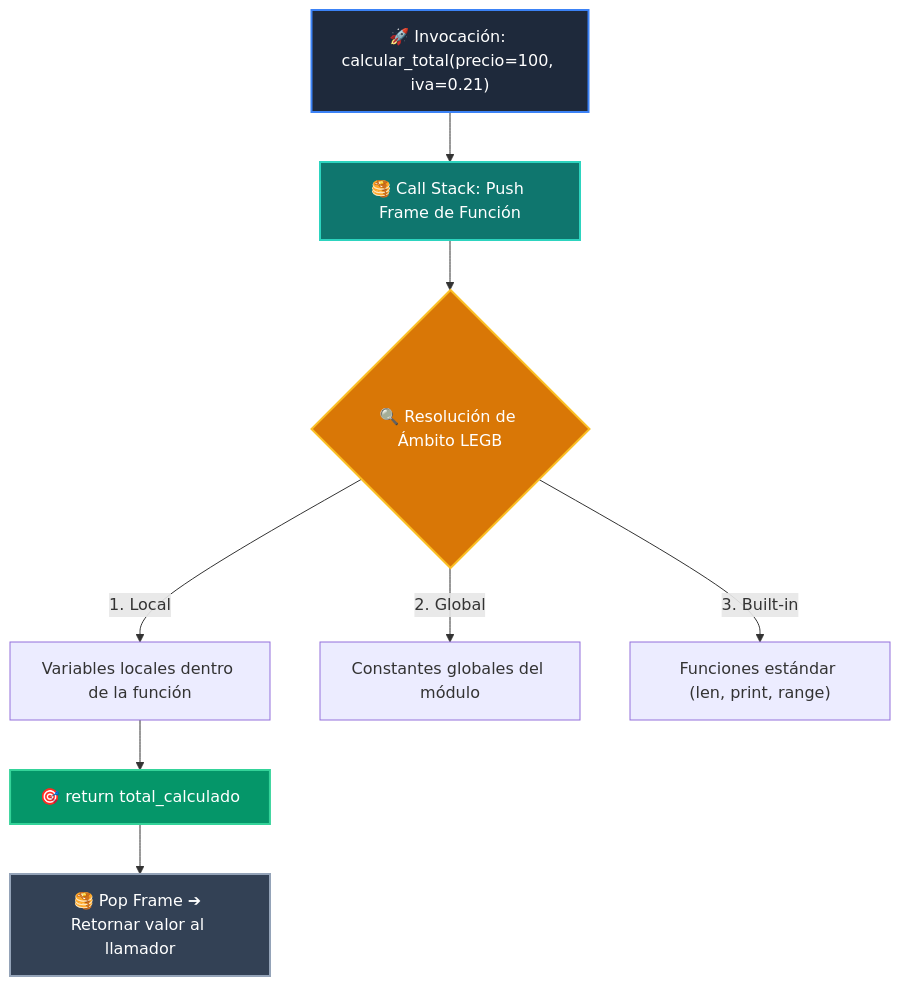
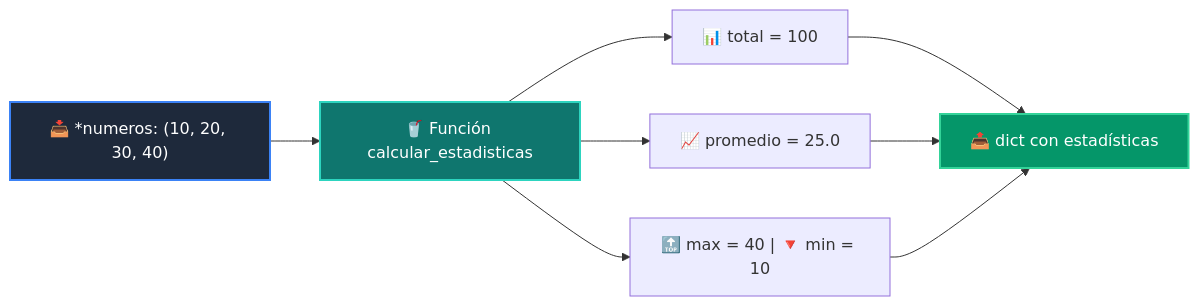
The diagram in docs/curso-01/clase-07.md (wisrovi/wisrovi-python), drawn with Mermaid before and after one commit. The commit also changed other lines of this file and 52 other files, not shown here.

````diff
--- a/docs/curso-01/clase-07.md
+++ b/docs/curso-01/clase-07.md
@@ -38,16 +37,11 @@
 ```mermaid
-flowchart TD
-    CALL["🚀 Invocación: calcular_total(precio=100, iva=0.21)"] --> STACK["🥞 Call Stack: Push Frame de Función"]
-    STACK --> SCOPE{"🔍 Resolución de Ámbito LEGB"}
-    SCOPE -->|1. Local| L["Variables locales dentro de la función"]
-    SCOPE -->|2. Global| G["Constantes globales del módulo"]
-    SCOPE -->|3. Built-in| B["Funciones estándar (len, print, range)"]
-    L --> RET["🎯 return total_calculado"]
-    RET --> POP_F["🥞 Pop Frame ➔ Retornar valor al llamador"]
-
-    style CALL fill:#1e293b,color:#ffffff,stroke:#3b82f6,stroke-width:2px
-    style STACK fill:#0f766e,color:#ffffff,stroke:#2dd4bf,stroke-width:2px
-    style SCOPE fill:#d97706,color:#ffffff,stroke:#fbbf24,stroke-width:2px
-    style RET fill:#059669,color:#ffffff,stroke:#34d399,stroke-width:2px
-    style POP_F fill:#334155,color:#ffffff,stroke:#94a3b8,stroke-width:2px
+flowchart LR
+    A["📥 *numeros: (10, 20, 30, 40)"] --> B["🥤 Función calcular_estadisticas"]
+    B --> C["📊 total = 100"]
+    B --> D["📈 promedio = 25.0"]
+    B --> E["🔝 max = 40 | 🔻 min = 10"]
+    C & D & E --> F["📤 dict con estadísticas"]
+    style A fill:#1e293b,color:#ffffff,stroke:#3b82f6,stroke-width:2px
+    style B fill:#0f766e,color:#ffffff,stroke:#2dd4bf,stroke-width:2px
+    style F fill:#059669,color:#ffffff,stroke:#34d399,stroke-width:2px
 ```
````
